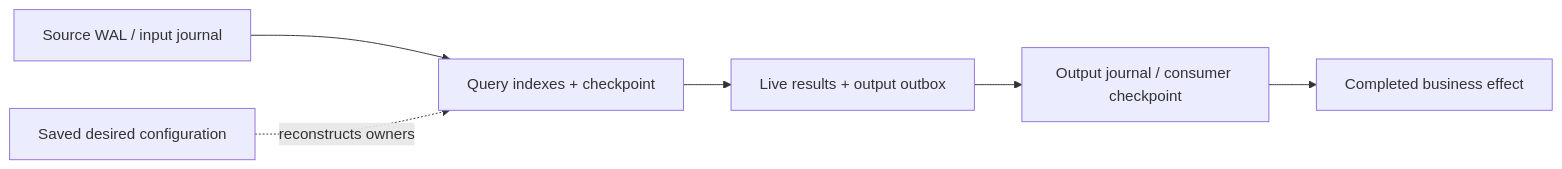
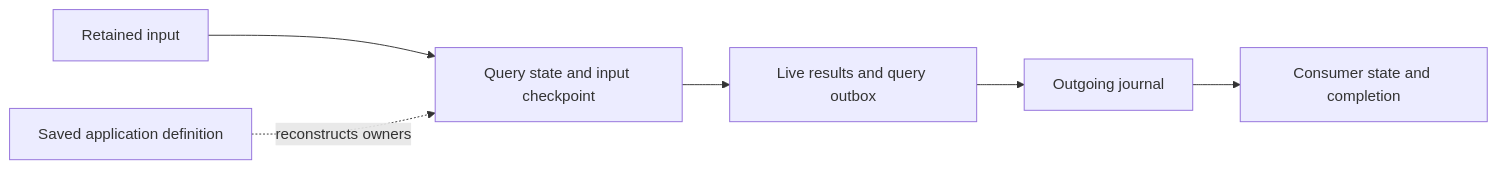
One commit to drasi-project/drasi-core changed the fifth of 9 diagrams in lib/docs/developer-guide/README.md. Above: the diagram before and after it, drawn with Mermaid. The commit also changed other lines of this file and 9 other files, not shown here.

````diff
--- a/lib/docs/developer-guide/README.md
+++ b/lib/docs/developer-guide/README.md
@@ -1081,8 +1612,8 @@
 ```mermaid
 flowchart LR
-    W["Source WAL / input journal"] --> Q["Query indexes + checkpoint"]
-    Q --> O["Live results + output outbox"]
-    O --> J["Output journal / consumer checkpoint"]
-    J --> E["Completed business effect"]
-    C["Saved desired configuration"] -. reconstructs owners .-> Q
+    Input["Retained input"] --> Query["Query state and input checkpoint"]
+    Query --> Output["Live results and query outbox"]
+    Output --> Journal["Outgoing journal"]
+    Journal --> Consumer["Consumer state and completion"]
+    Config["Saved application definition"] -. reconstructs owners .-> Query
 ```
````
